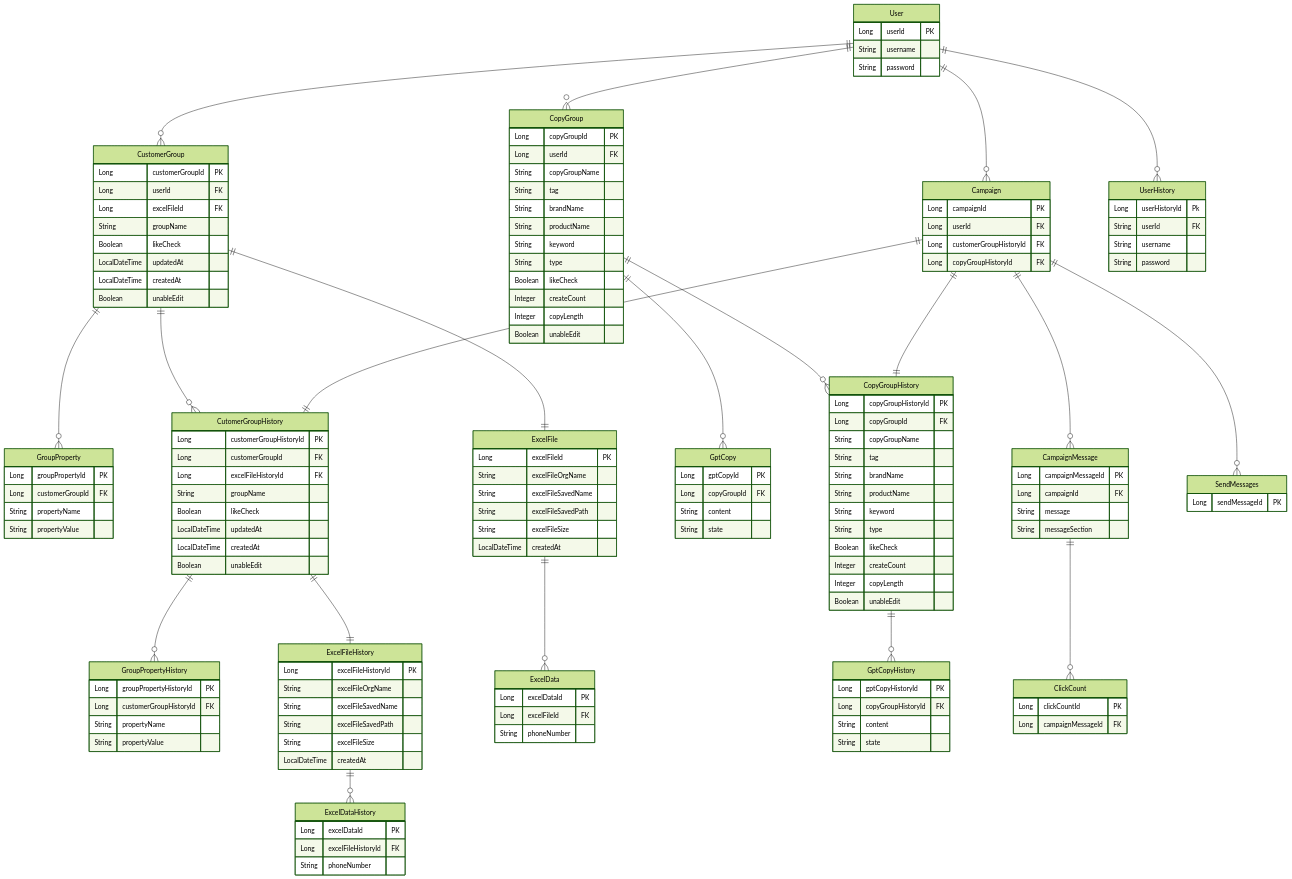
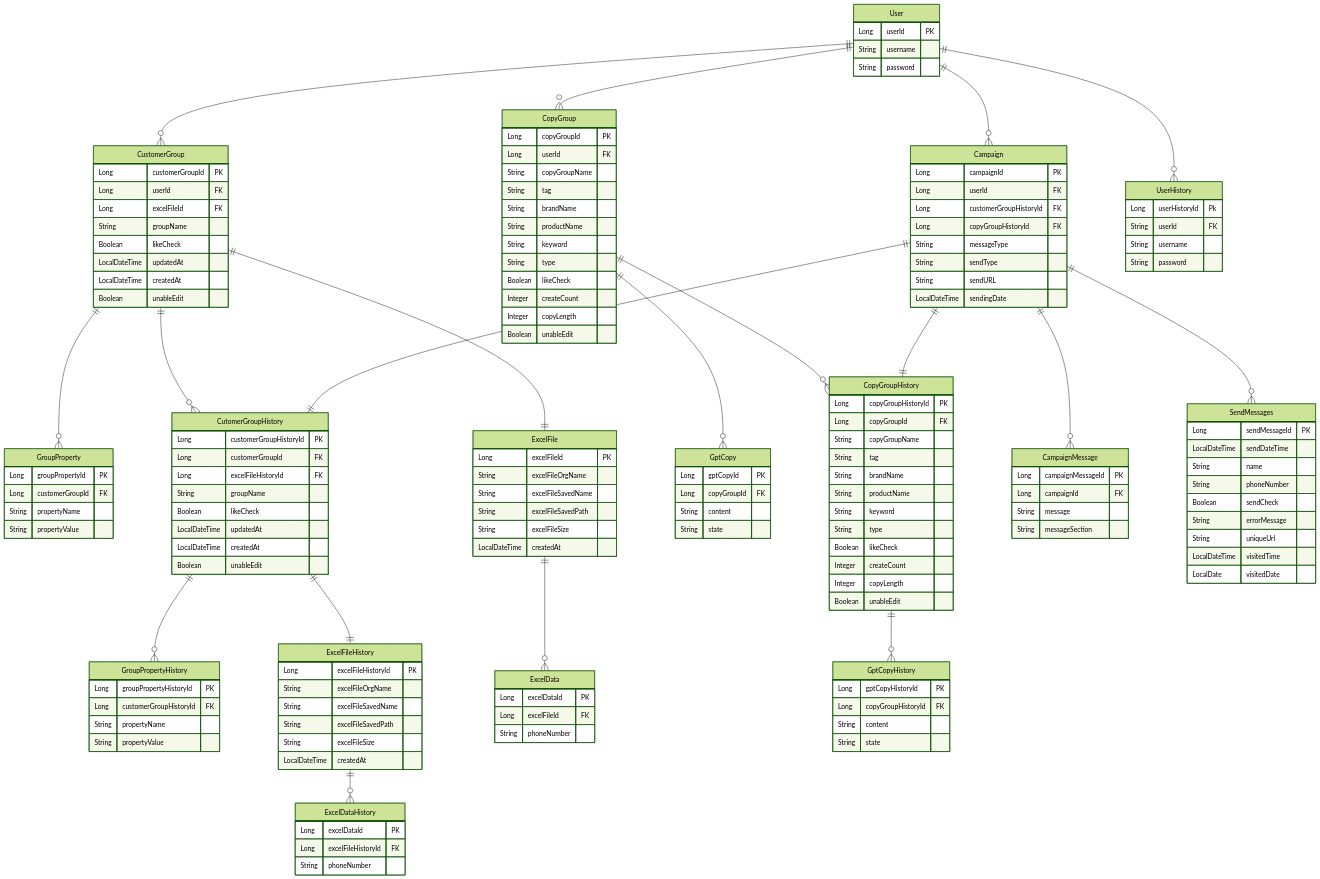
Before and after one commit to swcamp-teamP03/Backend: the diagram in README.md, drawn with Mermaid (forest theme).

````diff
--- a/README.md
+++ b/README.md
@@ -86,7 +86,7 @@
 ```mermaid
 erDiagram
-        User ||--o{ CustomerGroup : ""
-        User ||--o{ CopyGroup : ""
+  User ||--o{ CustomerGroup : ""
+  User ||--o{ CopyGroup : ""
 	User ||--o{ Campaign : ""
 	User ||--o{ UserHistory : ""
 	CustomerGroup  ||--o{ GroupProperty : ""
@@ -103,7 +103,7 @@
 	Campaign ||--o{ SendMessages : ""
 	Campaign ||--|| CutomerGroupHistory  : ""
 	Campaign ||--|| CopyGroupHistory : ""
-	CampaignMessage ||--o{ ClickCount : ""
+
 
 	User {
 		Long userId PK
@@ -118,7 +118,7 @@
 	}
 	CustomerGroup {
 		Long customerGroupId PK
-                Long userId FK
+    Long userId FK
 		Long excelFileId FK
 		String groupName
 		Boolean likeCheck
@@ -135,7 +135,7 @@
 		LocalDateTime updatedAt
 		LocalDateTime createdAt
 		Boolean unableEdit
-       }
+  }
 	GroupProperty {
 		Long groupPropertyId PK
 		Long customerGroupId FK
@@ -147,7 +147,7 @@
 		Long customerGroupHistoryId FK
 		String propertyName
 		String propertyValue
-       }
+  }
 	ExcelFile {
 		Long excelFileId PK
 		String excelFileOrgName
@@ -176,7 +176,7 @@
 	}
 	CopyGroup {
 		Long copyGroupId PK
-                Long userId FK
+    Long userId FK
 		String copyGroupName
 		String tag
 		String brandName
@@ -219,6 +219,10 @@
 		Long userId FK
 		Long customerGroupHistoryId FK
 		Long copyGroupHistoryId FK 
+    String messageType
+		String sendType
+		String sendURL
+		LocalDateTime sendingDate
 	}
 	CampaignMessage {
 		Long campaignMessageId PK
@@ -228,10 +232,15 @@
 	}
 	SendMessages {
 		Long sendMessageId PK
-	}
-	ClickCount {
-		Long clickCountId PK
-		Long campaignMessageId FK
+    LocalDateTime sendDateTime
+		String name
+	  String phoneNumber
+		Boolean sendCheck
+		String errorMessage
+		String uniqueUrl
+    LocalDateTime visitedTime
+		LocalDate visitedDate
 	}
 	
+	
 ```
````
